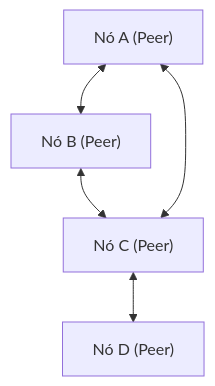
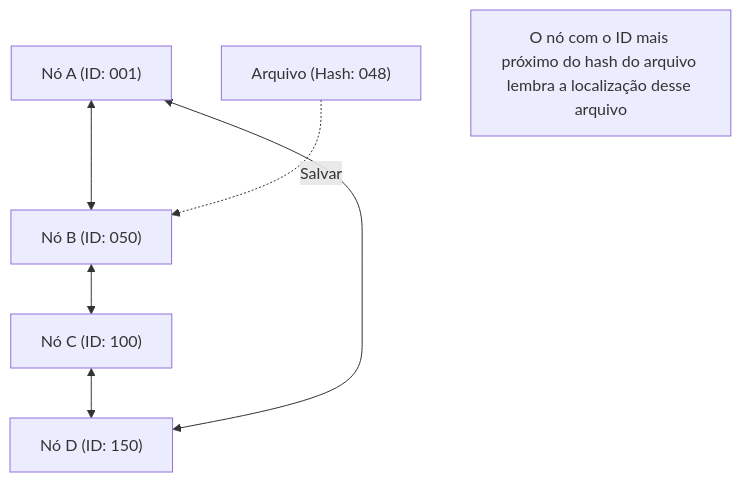
One commit to kenjinote/blog changed the diagram in content/post/history-of-p2p/index.pt.md. Above: the diagram before and after it, drawn with Mermaid. The commit also changed other lines of this file and 67 other files, not shown here.

````diff
--- a/content/post/history-of-p2p/index.pt.md
+++ b/content/post/history-of-p2p/index.pt.md
@@ -22,7 +44,9 @@
 ```mermaid
-graph TD;
-    A["Nó A (Peer)"] <--> B["Nó B (Peer)"];
-    B <--> C["Nó C (Peer)"];
-    C <--> A;
-    C <--> D["Nó D (Peer)"];
+graph TD
+    NodeA["Nó A (ID: 001)"] <--> NodeB["Nó B (ID: 050)"]
+    NodeB <--> NodeC["Nó C (ID: 100)"]
+    NodeC <--> NodeD["Nó D (ID: 150)"]
+    NodeD <--> NodeA
+    File["Arquivo (Hash: 048)"] -.->|"Salvar"| NodeB
+    Note["O nó com o ID mais próximo do hash do arquivo lembra a localização desse arquivo"]
 ```
````
